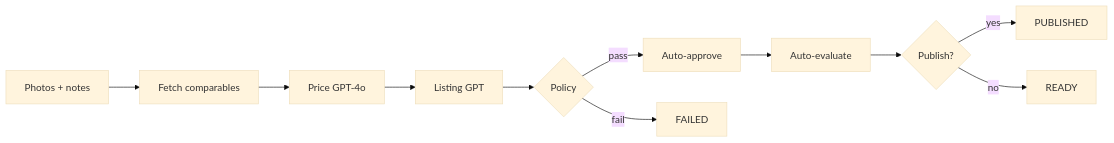
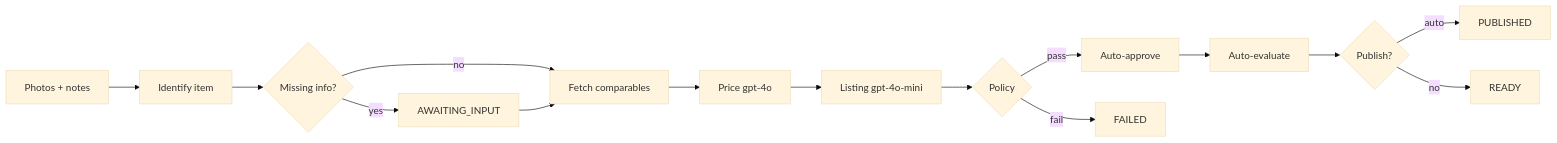
Before and after one commit to shedenandemicael/cs153-proj: the diagram in README.md, drawn with Mermaid (base theme). The commit also changed other lines of this file, not shown here.

````diff
--- a/README.md
+++ b/README.md
@@ -7,13 +7,17 @@
 ```mermaid
 flowchart LR
-  A[Photos + notes] --> B[Fetch comparables]
-  B --> C[Price GPT-4o]
-  C --> D[Listing GPT]
-  D --> E{Policy}
-  E -->|pass| F[Auto-approve]
-  E -->|fail| G[FAILED]
-  F --> H[Auto-evaluate]
-  H --> I{Publish?}
-  I -->|yes| J[PUBLISHED]
-  I -->|no| K[READY]
+  A[Photos + notes] --> B[Identify item]
+  B --> C{Missing info?}
+  C -->|yes| D[AWAITING_INPUT]
+  C -->|no| E[Fetch comparables]
+  D --> E
+  E --> F[Price gpt-4o]
+  F --> G[Listing gpt-4o-mini]
+  G --> H{Policy}
+  H -->|pass| I[Auto-approve]
+  H -->|fail| J[FAILED]
+  I --> K[Auto-evaluate]
+  K --> L{Publish?}
+  L -->|auto| M[PUBLISHED]
+  L -->|no| N[READY]
 ```
````
